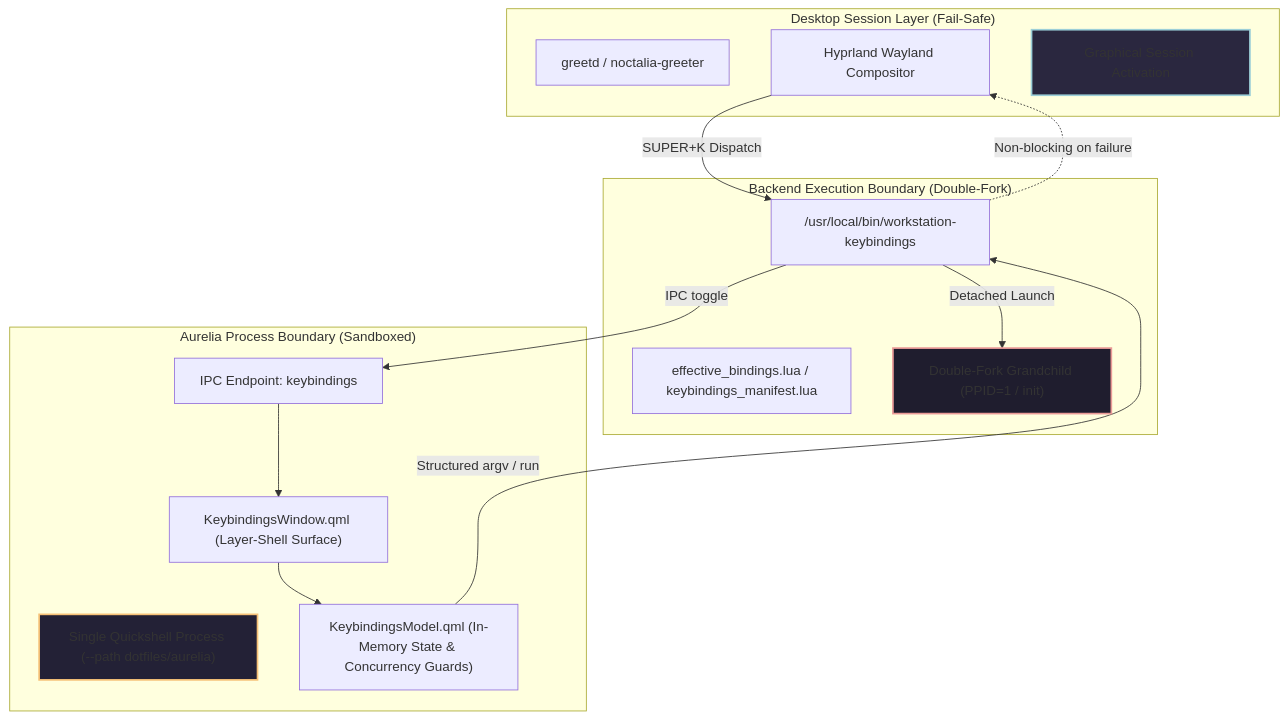
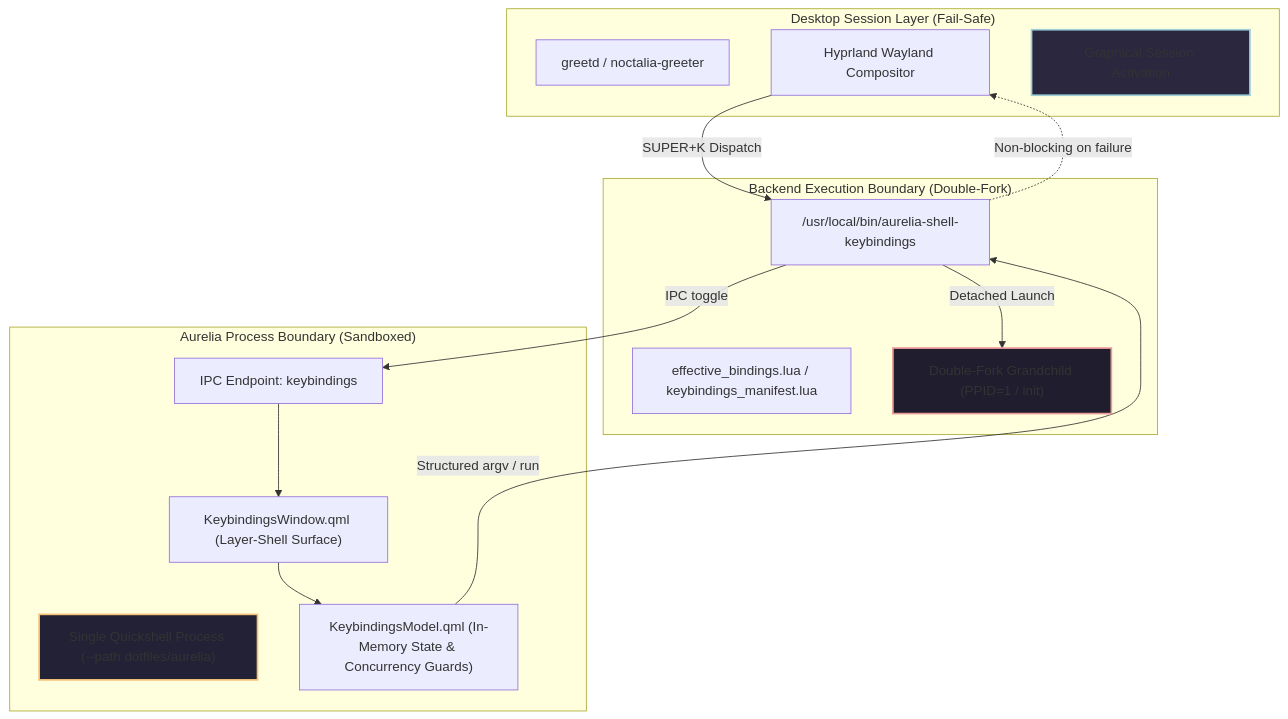
One commit to kk18888678/fedora-hyprland-workstation changed the first of 3 diagrams in docs/aurelia-keybindings-architecture.md. Above: the diagram before and after it, drawn with Mermaid. The commit also changed other lines of this file and 21 other files, not shown here.

Commit message:
fix(aurelia): harden keybindings input and provenance

````diff
--- a/docs/aurelia-keybindings-architecture.md
+++ b/docs/aurelia-keybindings-architecture.md
@@ -24,33 +24,33 @@
 ```mermaid
 graph TD
     subgraph "Desktop Session Layer (Fail-Safe)"
         Greetd["greetd / noctalia-greeter"]
         Hyprland["Hyprland Wayland Compositor"]
         Activation["Graphical Session Activation"]
     end
 
     subgraph "Aurelia Process Boundary (Sandboxed)"
         Quickshell["Single Quickshell Process (--path dotfiles/aurelia)"]
         IPC["IPC Endpoint: keybindings"]
         Model["KeybindingsModel.qml (In-Memory State & Concurrency Guards)"]
         UI["KeybindingsWindow.qml (Layer-Shell Surface)"]
     end
 
     subgraph "Backend Execution Boundary (Double-Fork)"
-        Backend["/usr/local/bin/workstation-keybindings"]
+        Backend["/usr/local/bin/aurelia-shell-keybindings"]
         LuaEngine["effective_bindings.lua / keybindings_manifest.lua"]
         Launcher["Double-Fork Grandchild (PPID=1 / init)"]
     end
 
     Hyprland -->|SUPER+K Dispatch| Backend
     Backend -->|IPC toggle| IPC
     IPC --> UI
     UI --> Model
     Model -->|Structured argv / run| Backend
     Backend -->|Detached Launch| Launcher
     Backend -.->|Non-blocking on failure| Hyprland
 
     style Activation fill:#2a273f,stroke:#9ccfd8,stroke-width:2px;
     style Quickshell fill:#232136,stroke:#f6c177,stroke-width:2px;
     style Launcher fill:#1f1d2e,stroke:#ea9a97,stroke-width:2px;
 ```
````
